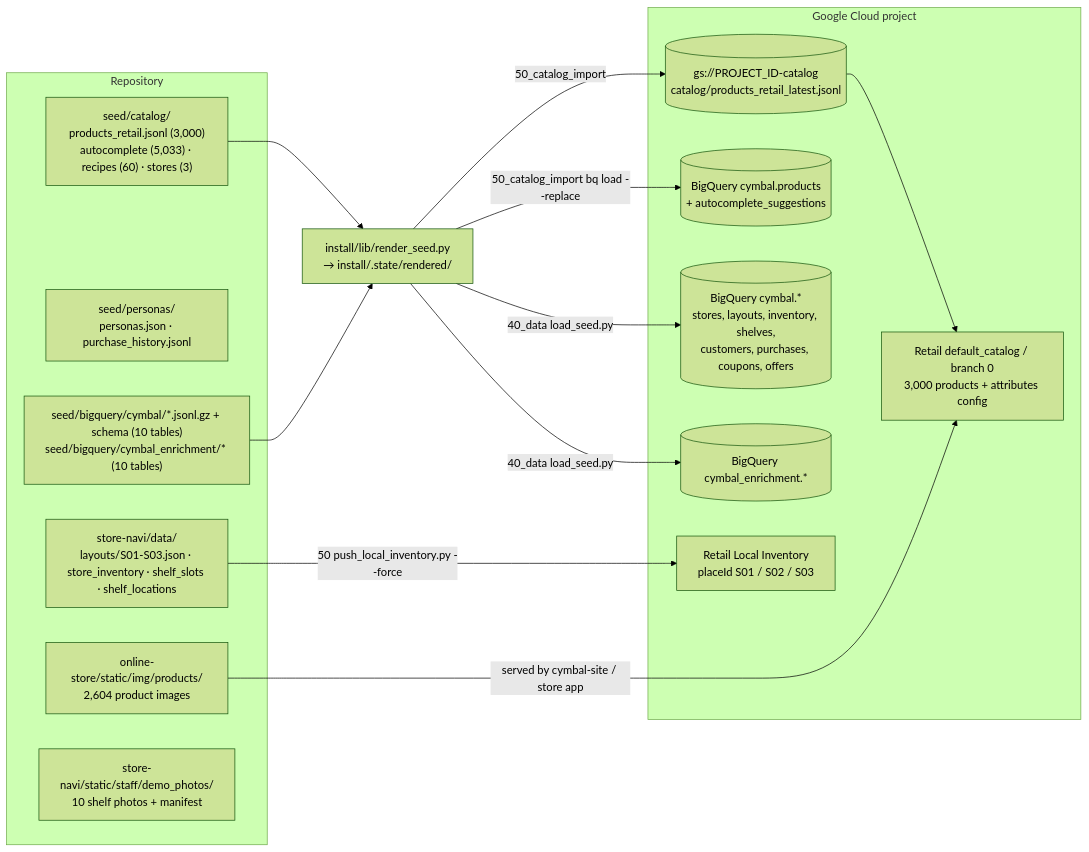
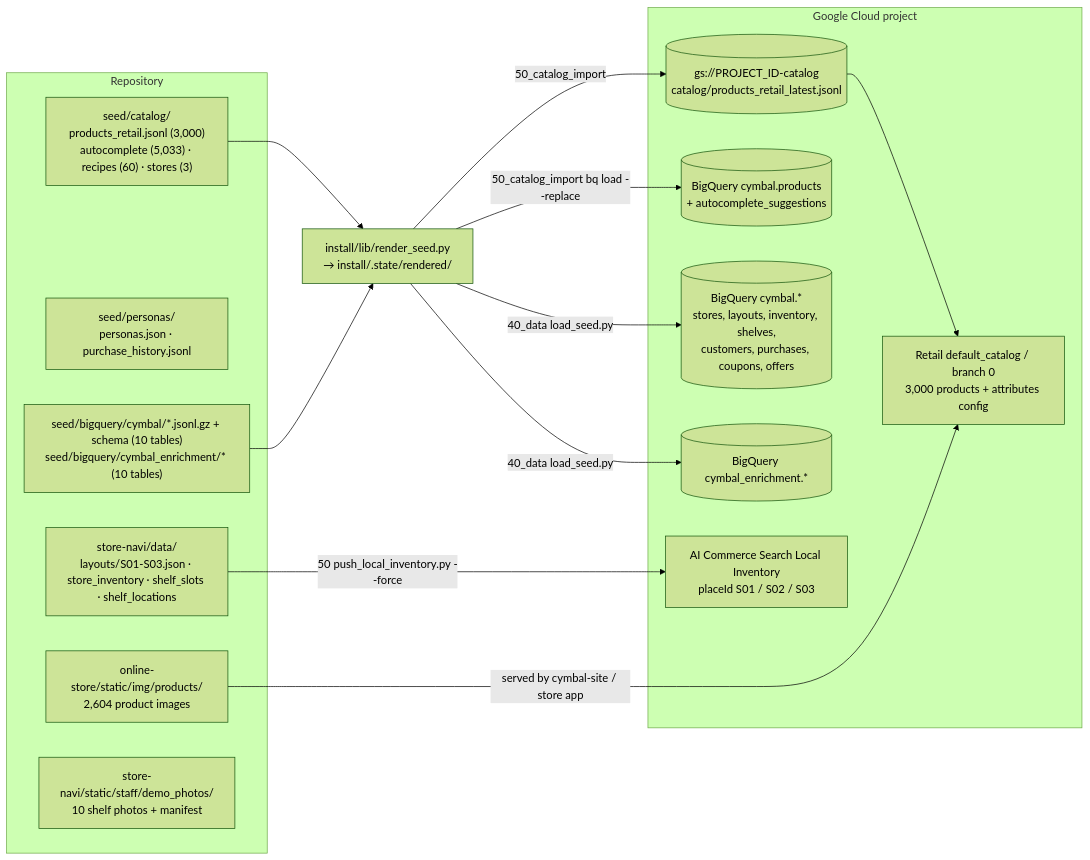
One commit to minsoojun-cloud/cymbal-retail-agentic-commerce-en-demo changed the diagram in docs/DATA.md. Above: the diagram before and after it, drawn with Mermaid (forest theme). The commit also changed other lines of this file and 27 other files, not shown here.

First line of the commit message:
fix(naming): rename product to "AI Commerce Search" in apps, installer and docs

````diff
--- a/docs/DATA.md
+++ b/docs/DATA.md
@@ -16,31 +16,31 @@
 ```mermaid
 flowchart LR
   subgraph Repo["Repository"]
     SC["seed/catalog/<br/>products_retail.jsonl (3,000)<br/>autocomplete (5,033) · recipes (60) · stores (3)"]
     SP["seed/personas/<br/>personas.json · purchase_history.jsonl"]
     SB["seed/bigquery/cymbal/*.jsonl.gz + schema (10 tables)<br/>seed/bigquery/cymbal_enrichment/* (10 tables)"]
     SN["store-navi/data/<br/>layouts/S01-S03.json · store_inventory · shelf_slots · shelf_locations"]
     IMG["online-store/static/img/products/<br/>2,604 product images"]
     PH["store-navi/static/staff/demo_photos/<br/>10 shelf photos + manifest"]
   end
 
   R["install/lib/render_seed.py<br/>→ install/.state/rendered/"]
   SC --> R
   SB --> R
 
   subgraph Cloud["Google Cloud project"]
     GCSC[("gs://PROJECT_ID-catalog<br/>catalog/products_retail_latest.jsonl")]
     BQP[("BigQuery cymbal.products<br/>+ autocomplete_suggestions")]
     BQS[("BigQuery cymbal.*<br/>stores, layouts, inventory, shelves,<br/>customers, purchases, coupons, offers")]
     BQE[("BigQuery cymbal_enrichment.*")]
     RET["Retail default_catalog / branch 0<br/>3,000 products + attributes config"]
-    LI["Retail Local Inventory<br/>placeId S01 / S02 / S03"]
+    LI["AI Commerce Search Local Inventory<br/>placeId S01 / S02 / S03"]
   end
 
   R -->|40_data load_seed.py| BQS
   R -->|40_data load_seed.py| BQE
   R -->|50_catalog_import| GCSC --> RET
   R -->|50_catalog_import bq load --replace| BQP
   SN -->|50 push_local_inventory.py --force| LI
   IMG -->|served by cymbal-site / store app| RET
 ```
````
